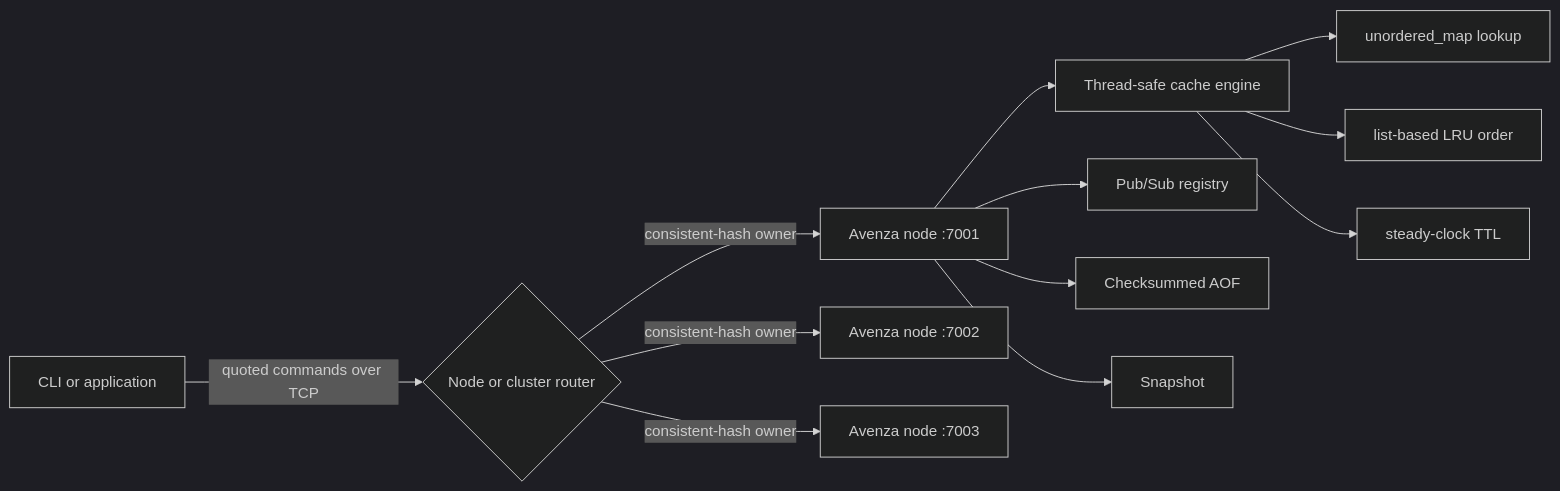
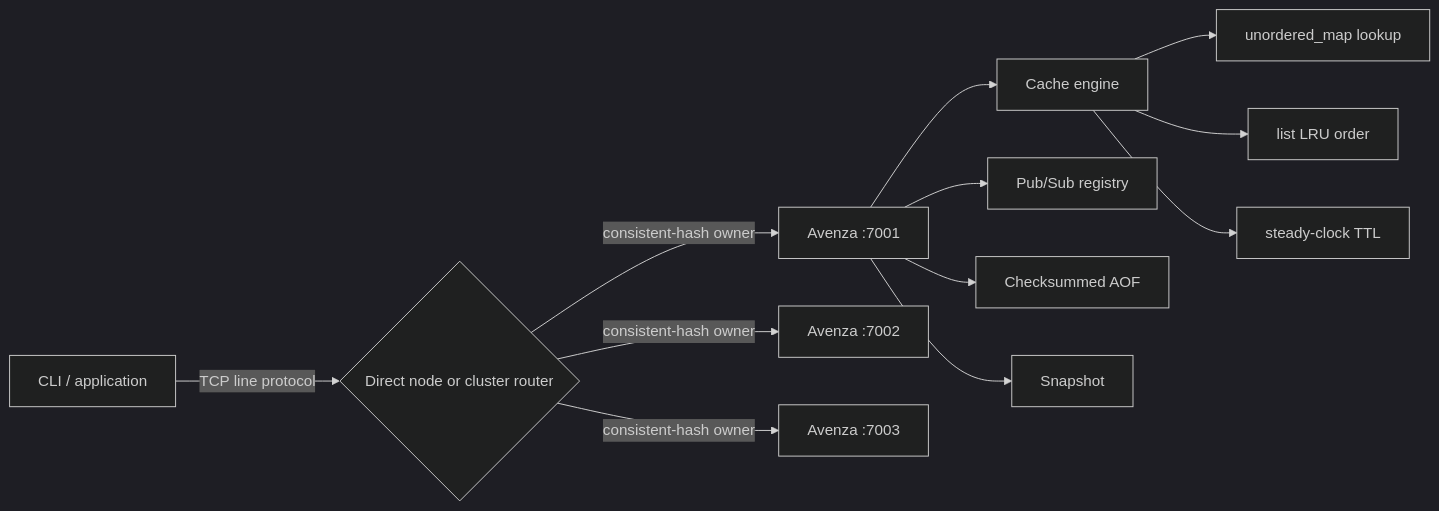
The diagram in README.md (creativebitscore/avenza-distributed-data-engine), drawn with Mermaid (dark theme) before and after one commit. The commit also changed other lines of this file, not shown here.

````diff
--- a/README.md
+++ b/README.md
@@ -28,14 +27,14 @@
 ```mermaid
 flowchart LR
-    U[CLI or application] -->|quoted commands over TCP| R{Node or cluster router}
-    R -->|consistent-hash owner| N1[Avenza node :7001]
-    R -->|consistent-hash owner| N2[Avenza node :7002]
-    R -->|consistent-hash owner| N3[Avenza node :7003]
-    N1 --> E[Thread-safe cache engine]
-    E --> H[unordered_map lookup]
-    E --> L[list-based LRU order]
+    C[CLI / application] -->|TCP line protocol| R{Direct node or cluster router}
+    R -->|consistent-hash owner| N1[Avenza :7001]
+    R -->|consistent-hash owner| N2[Avenza :7002]
+    R -->|consistent-hash owner| N3[Avenza :7003]
+    N1 --> E[Cache engine]
+    E --> M[unordered_map lookup]
+    E --> L[list LRU order]
     E --> T[steady-clock TTL]
-    N1 --> PS[Pub/Sub registry]
-    N1 --> AOF[Checksummed AOF]
-    N1 --> SNAP[Snapshot]
+    N1 --> P[Pub/Sub registry]
+    N1 --> A[Checksummed AOF]
+    N1 --> S[Snapshot]
 ```
````
